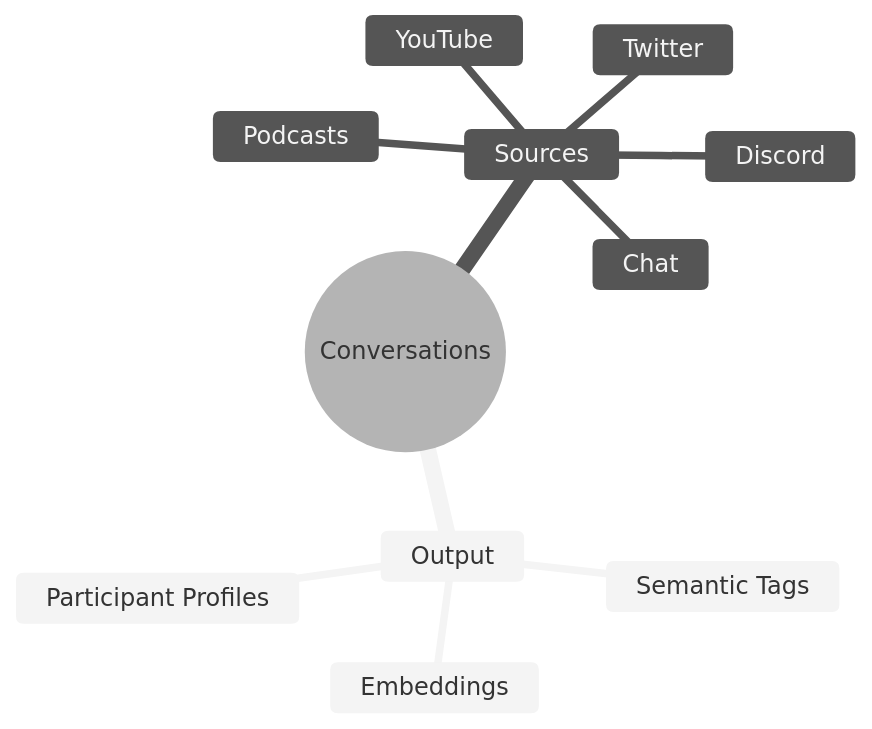
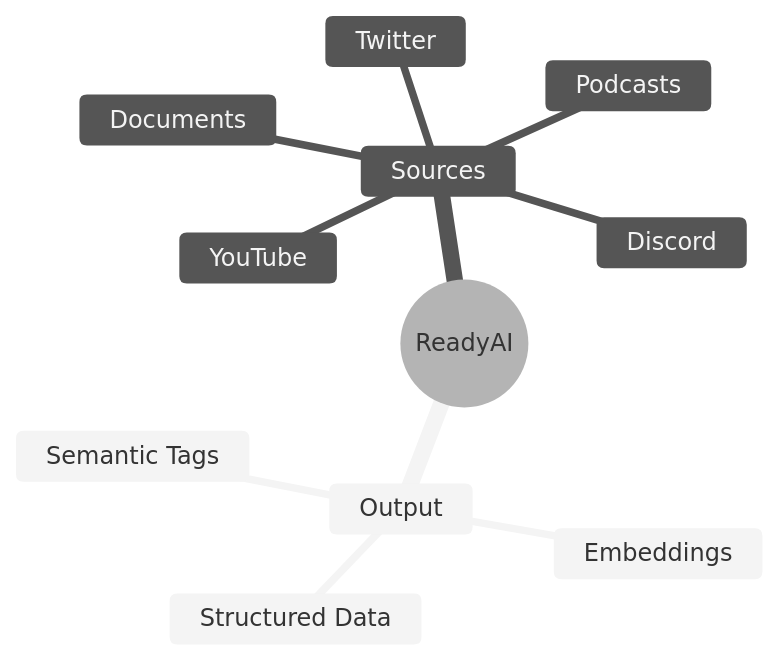
The second of 2 diagrams in README.md (afterpartyai/bittensor-conversation-genome-project), drawn with Mermaid before and after one commit. The commit also changed other lines of this file, not shown here.

````diff
--- a/README.md
+++ b/README.md
@@ -480,15 +481,15 @@
 ```mermaid
 %%{init: {'theme':'neutral'}}%%
 mindmap
-  root((Conversations))
+  root((ReadyAI))
     Output
-      Participant Profiles
+      Structured Data
       Semantic Tags
       Embeddings
     Sources
       YouTube
       Podcasts
       Discord
       Twitter
-      Chat
+      Documents
 ```
````
